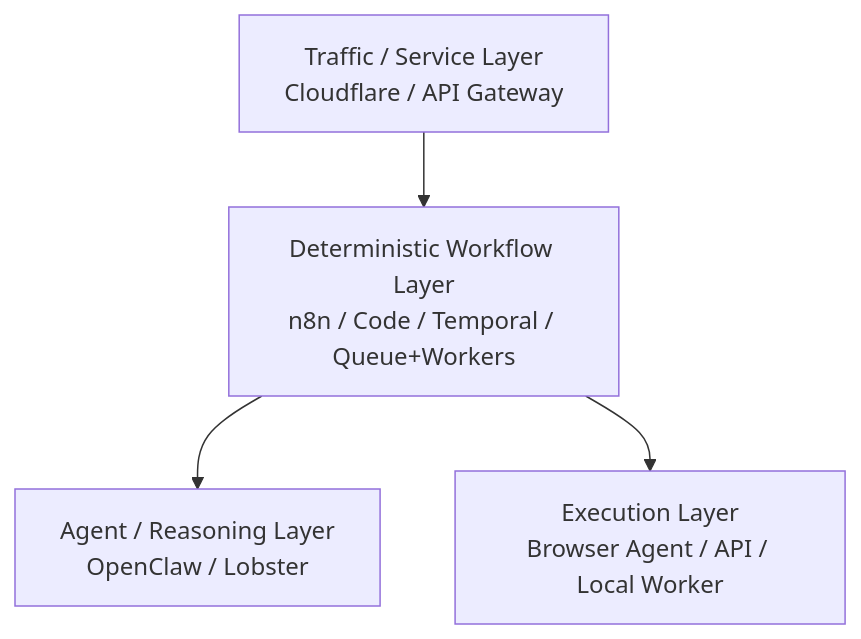
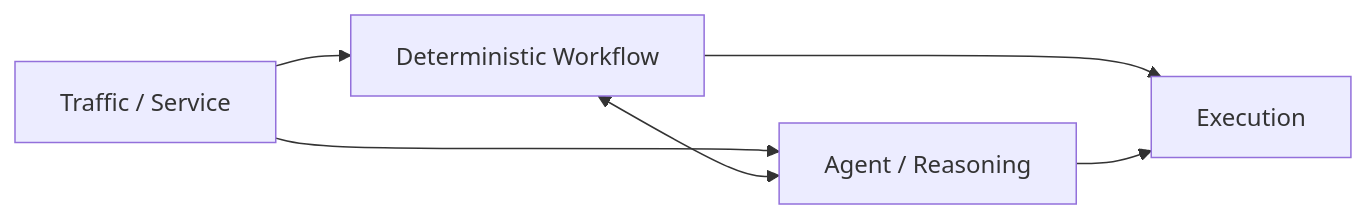
Before and after one commit to klinda78/gemini--chat: the first of 3 diagrams in rawdata/自动任务编程和部署的通用理解-rawdata.md, drawn with Mermaid. The commit also changed other lines of this file and 6 other files, not shown here.

````diff
--- a/rawdata/自动任务编程和部署的通用理解-rawdata.md
+++ b/rawdata/自动任务编程和部署的通用理解-rawdata.md
@@ -16,14 +16,13 @@
 ```mermaid
-flowchart TB
-    CF["Traffic / Service Layer<br/>Cloudflare / API Gateway"]
+flowchart LR
+    TRAFFIC["Traffic / Service"]
+    WORKFLOW["Deterministic Workflow"]
+    AGENT["Agent / Reasoning"]
+    EXECUTION["Execution"]
 
-    N["Deterministic Workflow Layer<br/>n8n / Code / Temporal / Queue+Workers"]
-
-    O["Agent / Reasoning Layer<br/>OpenClaw / Lobster"]
-
-    B["Execution Layer<br/>Browser Agent / API / Local Worker"]
-
-    CF --> N
-    N --> O
-    N --> B
+    TRAFFIC --> WORKFLOW
+    TRAFFIC --> AGENT
+    WORKFLOW <--> AGENT
+    WORKFLOW --> EXECUTION
+    AGENT --> EXECUTION
 ```
````
